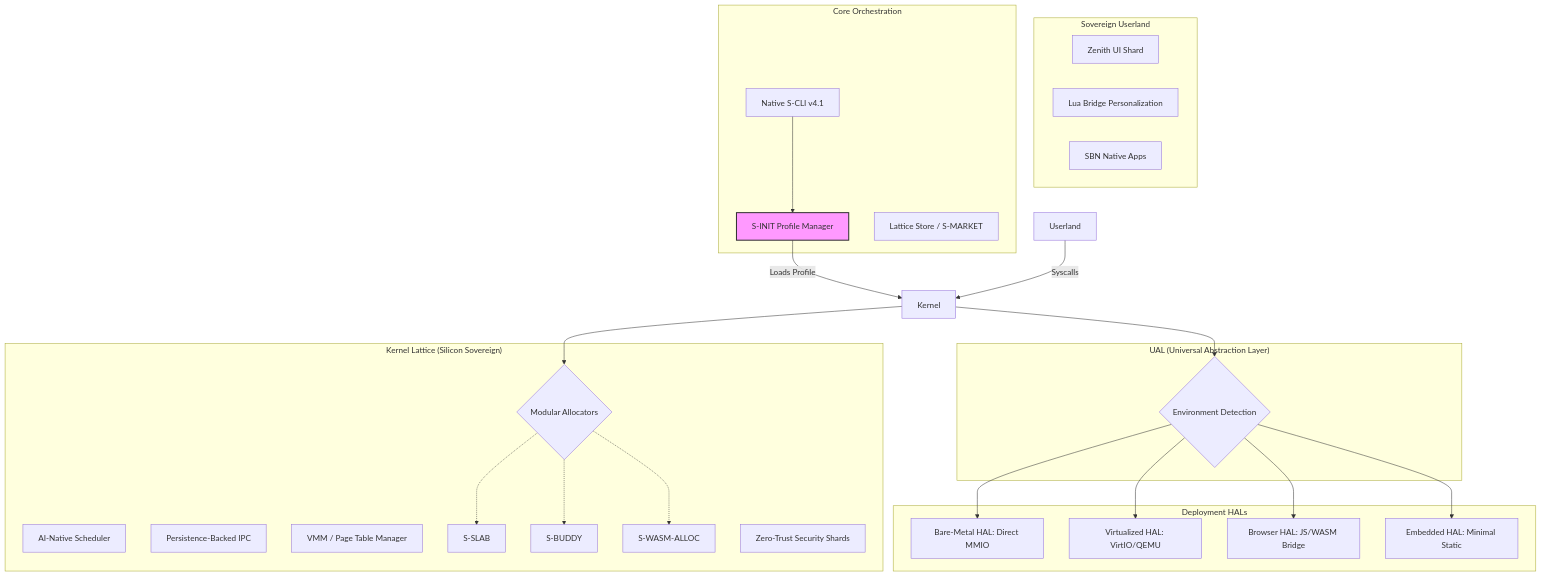
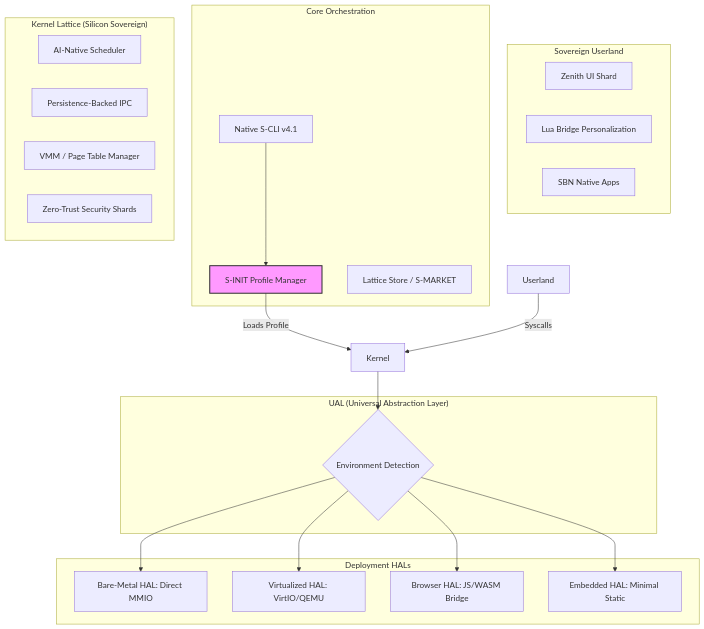
The diagram in SOVEREIGN_ARCHITECTURE_DIAGRAM.md (AaryanSinghChauhan09/SigmaOS), drawn with Mermaid before and after one commit. The commit also changed other lines of this file and 1 other file, not shown here.

````diff
--- a/SOVEREIGN_ARCHITECTURE_DIAGRAM.md
+++ b/SOVEREIGN_ARCHITECTURE_DIAGRAM.md
@@ -7,54 +5,46 @@
 ```mermaid
 graph TD
     subgraph "Sovereign Userland"
         UI[Zenith UI Shard]
         Lua[Lua Bridge Personalization]
         App[SBN Native Apps]
     end
 
     subgraph "Core Orchestration"
         CLI[Native S-CLI v4.1]
         Init[S-INIT Profile Manager]
         Store[Lattice Store / S-MARKET]
     end
 
     subgraph "Kernel Lattice (Silicon Sovereign)"
         Sch[AI-Native Scheduler]
         IPC[Persistence-Backed IPC]
         Mem[VMM / Page Table Manager]
-        Alloc{Modular Allocators}
-        Slab[S-SLAB]
-        Buddy[S-BUDDY]
-        WasmAlloc[S-WASM-ALLOC]
         Sec[Zero-Trust Security Shards]
     end
 
     subgraph "UAL (Universal Abstraction Layer)"
         UAL{Environment Detection}
     end
 
     subgraph "Deployment HALs"
         BM[Bare-Metal HAL: Direct MMIO]
         VM[Virtualized HAL: VirtIO/QEMU]
         WSM[Browser HAL: JS/WASM Bridge]
         IOT[Embedded HAL: Minimal Static]
     end
 
     %% Flow
     CLI --> Init
     Init -->|Loads Profile| Kernel
     Userland -->|Syscalls| Kernel
-    Kernel --> Alloc
-    Alloc -.-> Slab
-    Alloc -.-> Buddy
-    Alloc -.-> WasmAlloc
     Kernel --> UAL
     UAL --> BM
     UAL --> VM
     UAL --> WSM
     UAL --> IOT
 
     %% Profiles
     classDef profile fill:#f9f,stroke:#333,stroke-width:2px;
     Init:::profile
 ```
````
